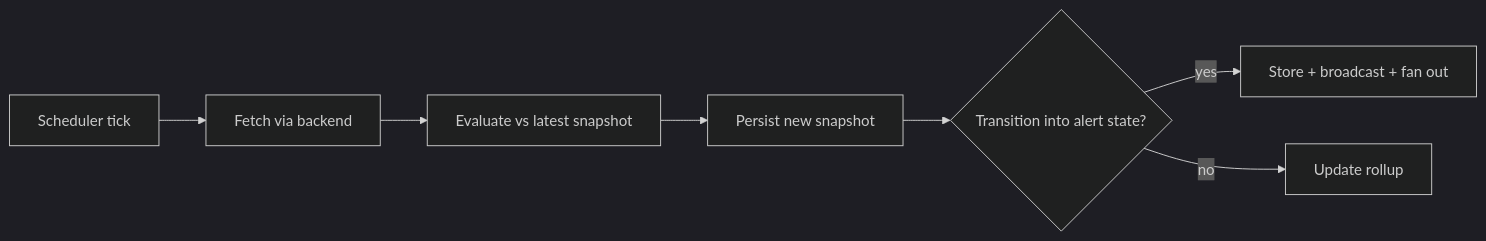
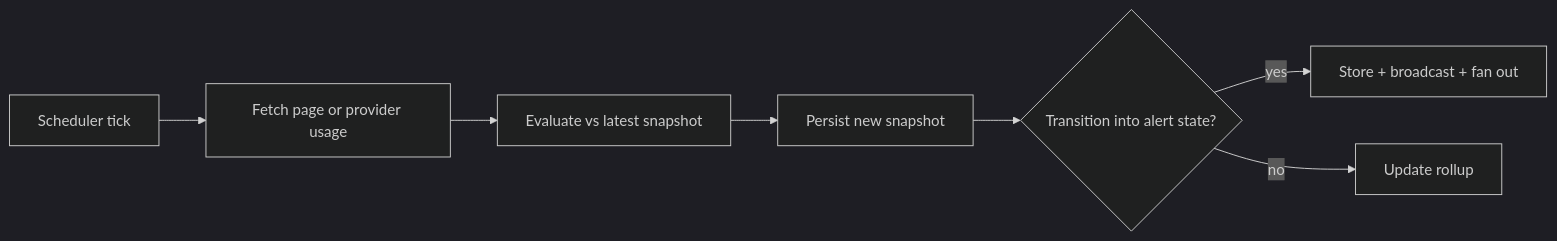
The diagram in content/docs/core/website-monitoring.mdx (amajorai/ryu-docs), drawn with Mermaid (dark theme) before and after one commit. The commit also changed other lines of this file and 2538 other files, not shown here.

````diff
--- a/content/docs/core/website-monitoring.mdx
+++ b/content/docs/core/website-monitoring.mdx
@@ -21,9 +23,9 @@
 ```mermaid
 flowchart LR
-  Tick[Scheduler tick] --> Fetch[Fetch via backend]
-  Fetch --> Eval[Evaluate vs latest snapshot]
+  Tick[Scheduler tick] --> Read[Fetch page or provider usage]
+  Read --> Eval[Evaluate vs latest snapshot]
   Eval --> Snap[Persist new snapshot]
   Snap --> Trans{Transition into alert state?}
   Trans -- yes --> Alert[Store + broadcast + fan out]
   Trans -- no --> Done[Update rollup]
 ```
````
